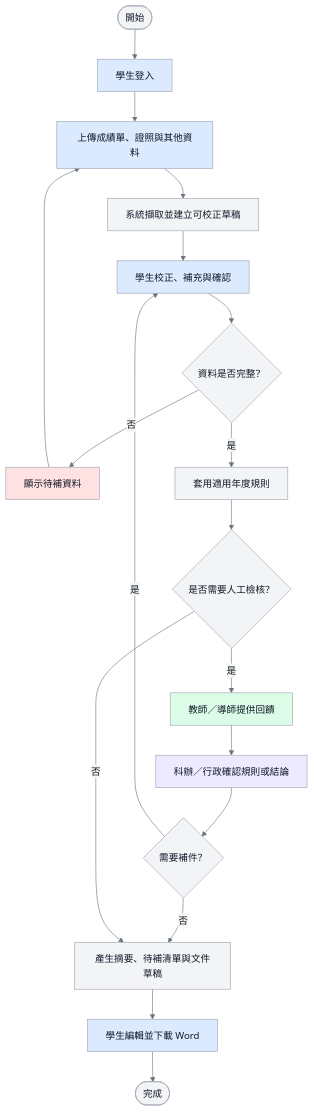
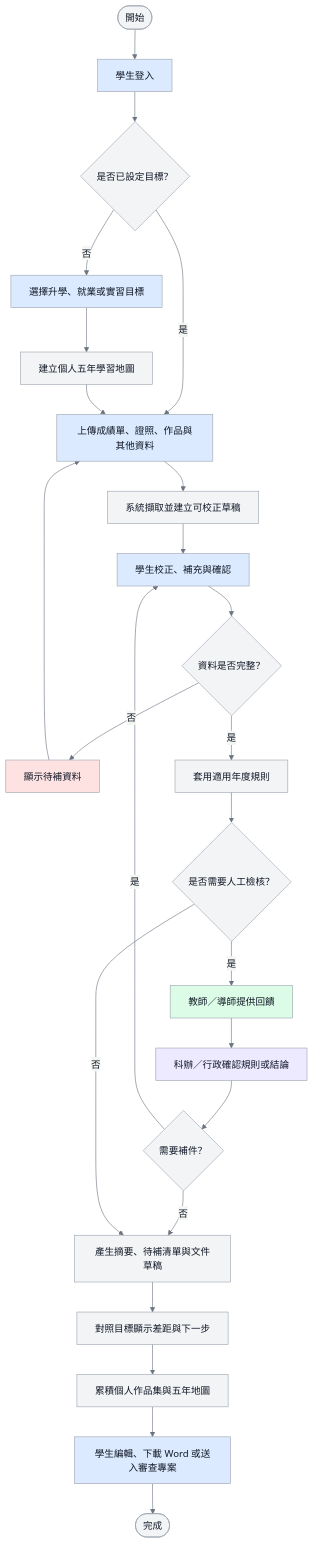
Before and after one commit to vujhdcusa/1028: the first of 6 diagrams in docs/01_正式規格/資管科智慧學習歷程系統-系統規格設計書-開發閱讀版.md, drawn with Mermaid. The commit also changed other lines of this file, not shown here.

Commit message:
docs: align overview and system specification flows

````diff
--- a/docs/01_正式規格/資管科智慧學習歷程系統-系統規格設計書-開發閱讀版.md
+++ b/docs/01_正式規格/資管科智慧學習歷程系統-系統規格設計書-開發閱讀版.md
@@ -236,27 +236,33 @@
 ```mermaid
 %%{init: {'theme':'base','themeVariables': {'fontFamily':'Microsoft JhengHei, Noto Sans TC, Arial, sans-serif','primaryColor':'#F3F4F6','primaryTextColor':'#111827','primaryBorderColor':'#9CA3AF','lineColor':'#6B7280'}}}%%
 flowchart TD
     classDef student fill:#DBEAFE,stroke:#9CA3AF,color:#111827,stroke-width:1px;
     classDef system fill:#F3F4F6,stroke:#9CA3AF,color:#111827,stroke-width:1px;
     classDef teacher fill:#DCFCE7,stroke:#9CA3AF,color:#111827,stroke-width:1px;
     classDef staff fill:#EDE9FE,stroke:#9CA3AF,color:#111827,stroke-width:1px;
     classDef alert fill:#FEE2E2,stroke:#9CA3AF,color:#111827,stroke-width:1px;
 
     Start([開始]) --> Login[學生登入]:::student
-    Login --> Upload[上傳成績單、證照與其他資料]:::student
+    Login --> Goal{是否已設定目標？}
+    Goal -- 否 --> Choose[選擇升學、就業或實習目標]:::student
+    Choose --> Map[建立個人五年學習地圖]:::system
+    Goal -- 是 --> Upload
+    Map --> Upload[上傳成績單、證照、作品與其他資料]:::student
     Upload --> Extract[系統擷取並建立可校正草稿]:::system
     Extract --> Confirm[學生校正、補充與確認]:::student
     Confirm --> Complete{資料是否完整？}
     Complete -- 否 --> Missing[顯示待補資料]:::alert
     Missing --> Upload
     Complete -- 是 --> Rules[套用適用年度規則]:::system
     Rules --> Check{是否需要人工檢核？}
     Check -- 是 --> Teacher[教師／導師提供回饋]:::teacher
     Teacher --> Staff[科辦／行政確認規則或結論]:::staff
     Staff --> Fix{需要補件？}
     Fix -- 是 --> Confirm
     Fix -- 否 --> Result[產生摘要、待補清單與文件草稿]:::system
     Check -- 否 --> Result
-    Result --> Word[學生編輯並下載 Word]:::student
+    Result --> Gap[對照目標顯示差距與下一步]:::system
+    Gap --> Portfolio[累積個人作品集與五年地圖]:::system
+    Portfolio --> Word[學生編輯、下載 Word 或送入審查專案]:::student
     Word --> End([完成])
 ```
````
